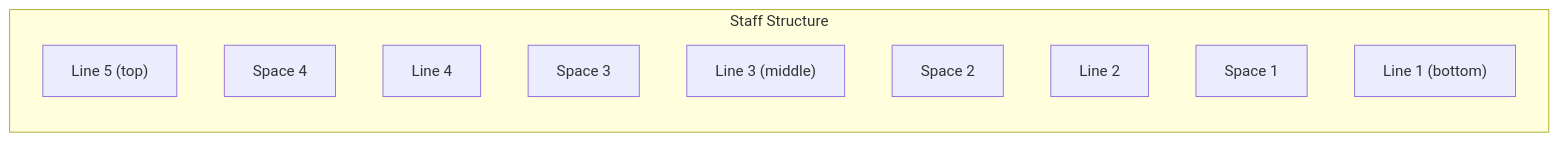
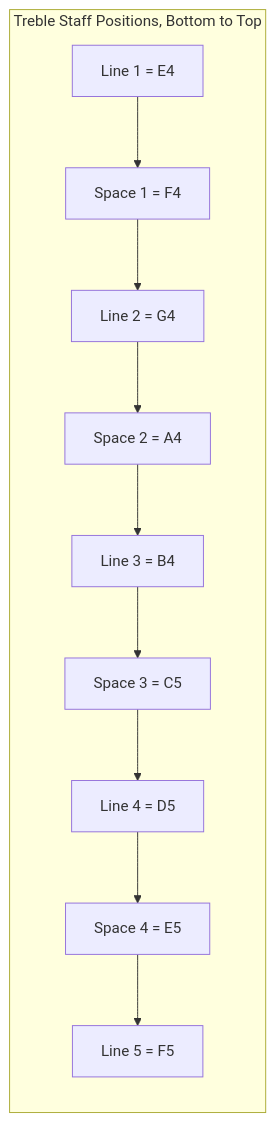
One commit to blebleblee/synapse changed the first of 3 diagrams in topics/arts/composition/notation/lesson_01_notation_basics.md. Above: the diagram before and after it, drawn with Mermaid. The commit also changed other lines of this file and 3 other files, not shown here.

````diff
--- a/topics/arts/composition/notation/lesson_01_notation_basics.md
+++ b/topics/arts/composition/notation/lesson_01_notation_basics.md
@@ -23,14 +21,13 @@
 ```mermaid
 graph LR
-    subgraph sub_staff ["Staff Structure"]
-        A["Line 5 (top)"]
-        B["Space 4"]
-        C["Line 4"]
-        D["Space 3"]
-        E["Line 3 (middle)"]
-        F["Space 2"]
-        G["Line 2"]
-        H["Space 1"]
-        I["Line 1 (bottom)"]
+    subgraph sub_staff ["Treble Staff Positions, Bottom to Top"]
+        I["Line 1 = E4"] --> H["Space 1 = F4"]
+        H --> G["Line 2 = G4"]
+        G --> F["Space 2 = A4"]
+        F --> E["Line 3 = B4"]
+        E --> D["Space 3 = C5"]
+        D --> C["Line 4 = D5"]
+        C --> B["Space 4 = E5"]
+        B --> A["Line 5 = F5"]
     end
 ```
````
